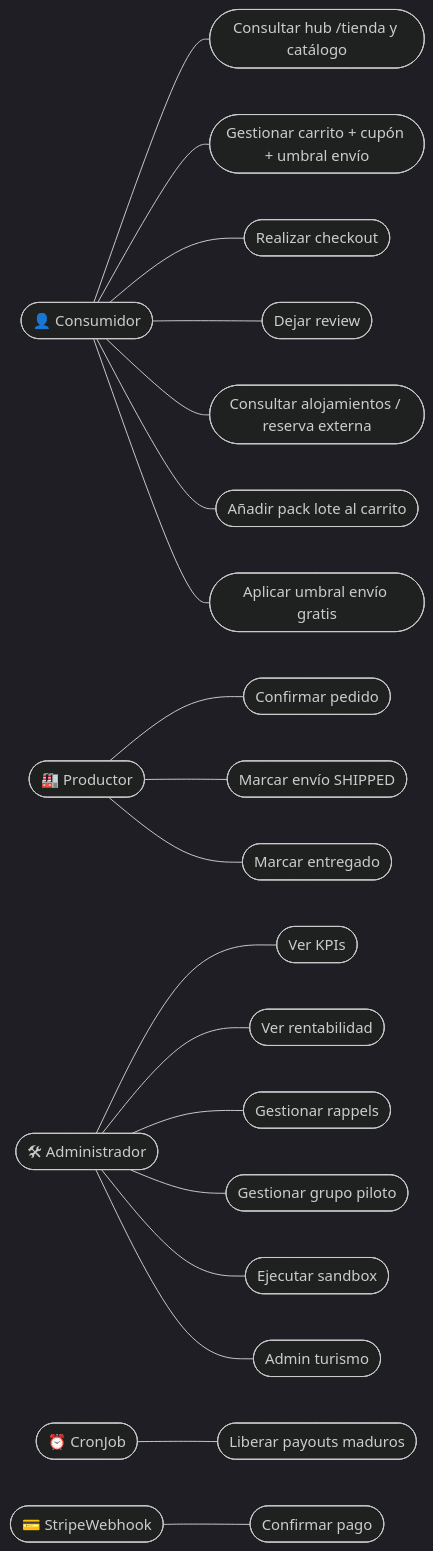
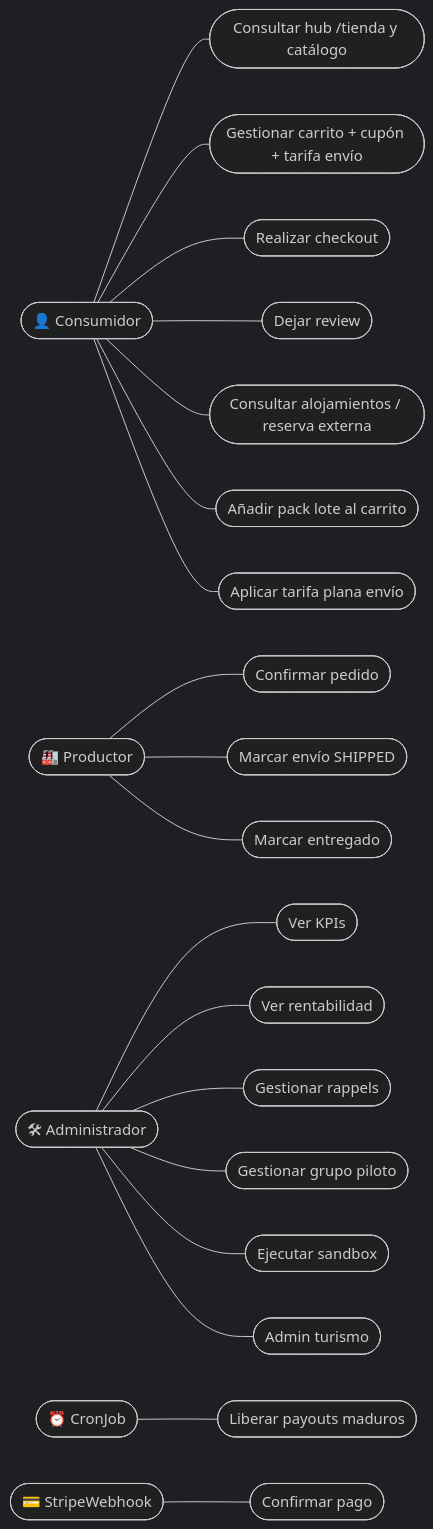
One commit to gracobjo/culebra changed the second of 7 diagrams in docs/Requisitos_Funcionales_NoFuncionales_UseCases_UML.md. Above: the diagram before and after it, drawn with Mermaid (dark theme). The commit also changed other lines of this file and 27 other files, not shown here.

````diff
--- a/docs/Requisitos_Funcionales_NoFuncionales_UseCases_UML.md
+++ b/docs/Requisitos_Funcionales_NoFuncionales_UseCases_UML.md
@@ -438,52 +438,52 @@
 ```mermaid
 flowchart LR
   %% Actores
   Consumidor(["👤 Consumidor"])
   Productor(["🏭 Productor"])
   Admin(["🛠 Administrador"])
   Cron(["⏰ CronJob"])
   Stripe(["💳 StripeWebhook"])
 
   %% Casos de uso (elipses)
   UC01(["Consultar hub /tienda y catálogo"])
-  UC02(["Gestionar carrito + cupón + umbral envío"])
+  UC02(["Gestionar carrito + cupón + tarifa envío"])
   UC03(["Realizar checkout"])
   UC04(["Dejar review"])
   UC05(["Confirmar pedido"])
   UC06(["Marcar envío SHIPPED"])
   UC07(["Marcar entregado"])
   UC08(["Ver KPIs"])
   UC09(["Ver rentabilidad"])
   UC10(["Gestionar rappels"])
   UC11(["Gestionar grupo piloto"])
   UC12(["Ejecutar sandbox"])
   UC13(["Confirmar pago"])
   UC14(["Liberar payouts maduros"])
   UC15(["Consultar alojamientos / reserva externa"])
   UC16(["Añadir pack lote al carrito"])
   UC17(["Admin turismo"])
-  UC18(["Aplicar umbral envío gratis"])
+  UC18(["Aplicar tarifa plana envío"])
 
   %% Relaciones
   Consumidor --- UC01
   Consumidor --- UC02
   Consumidor --- UC03
   Consumidor --- UC04
   Consumidor --- UC15
   Consumidor --- UC16
   Consumidor --- UC18
 
   Productor --- UC05
   Productor --- UC06
   Productor --- UC07
 
   Admin --- UC08
   Admin --- UC09
   Admin --- UC10
   Admin --- UC11
   Admin --- UC12
   Admin --- UC17
 
   Stripe --- UC13
   Cron   --- UC14
 ```
````
